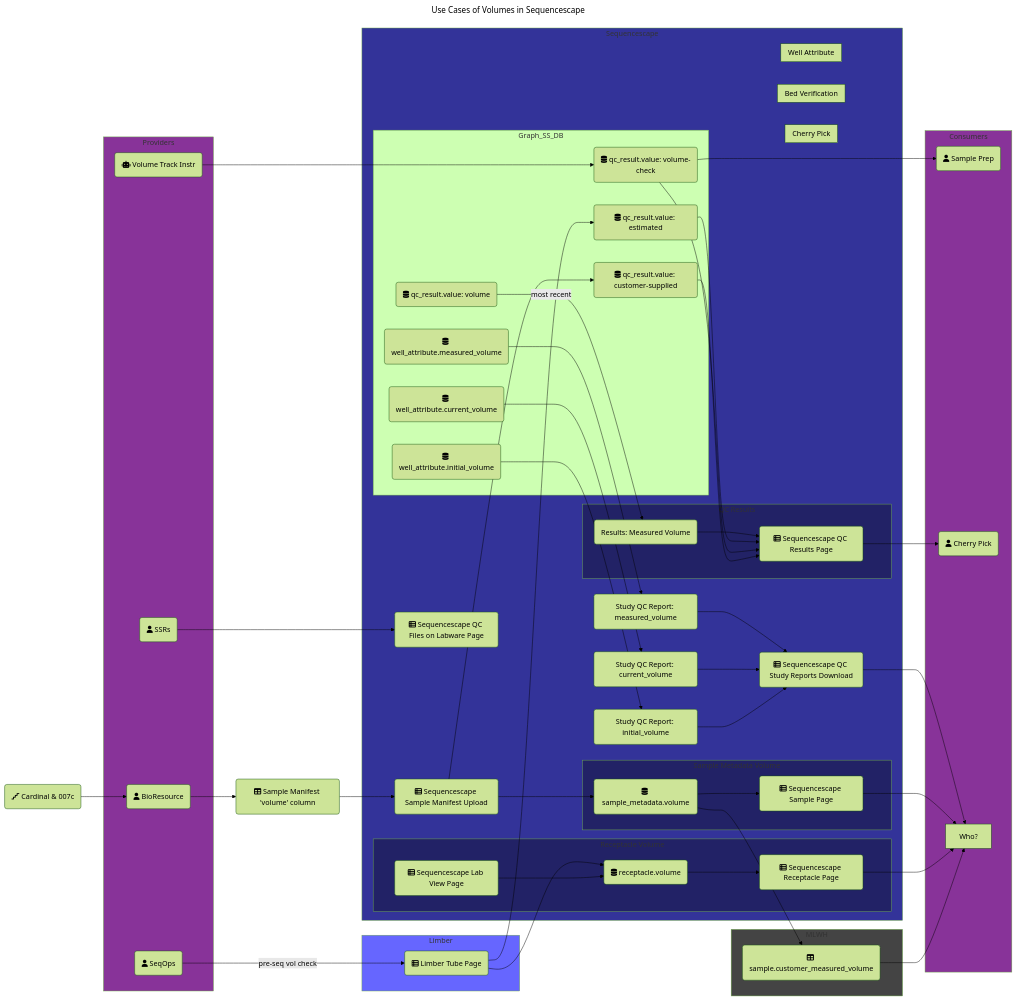
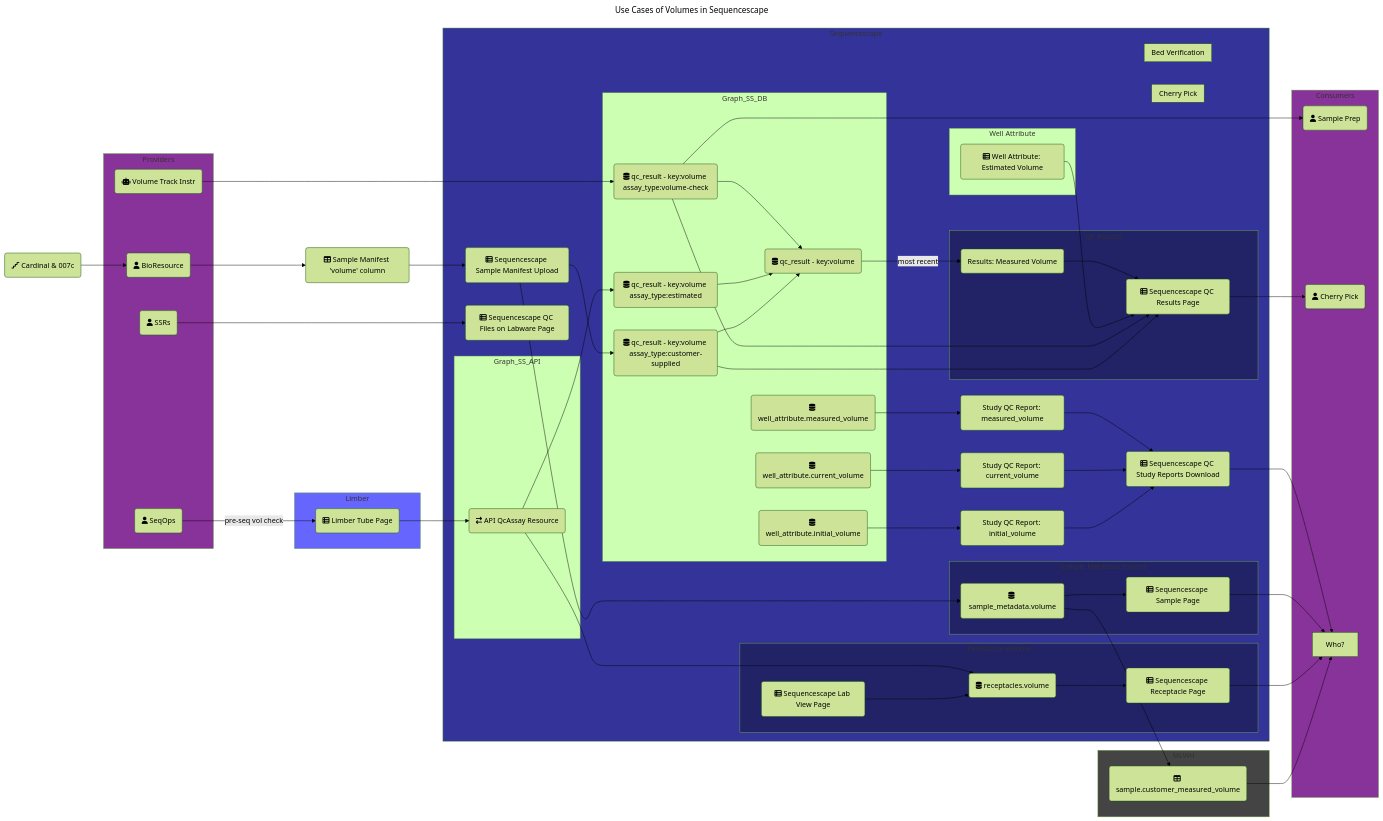
Before and after one commit to sanger/sequencescape: the diagram in volume-uses.mermaid, drawn with Mermaid (forest theme).

Commit message:
Add more links

```diff
--- a/volume-uses.mermaid
+++ b/volume-uses.mermaid
@@ -1,139 +1,144 @@
 ---
 title: Use Cases of Volumes in Sequencescape
 ---
 flowchart LR
     %% Nodes
         PL_Car07c(fa:fa-stairs Cardinal & 007c)
         %% Users
         User_BioRes(fa:fa-user BioResource)
         User_SeqOps(fa:fa-user SeqOps)
         User_SamplePrep(fa:fa-user Sample Prep)
         User_VolTrackInstr(fa:fa-robot Volume Track Instr)
         User_CherryPick(fa:fa-user Cherry Pick)
         User_SSR(fa:fa-user SSRs)
         %% Interface
         Pg_LB_Tube(fa:fa-table-list Limber Tube Page)
         PG_SS_SampleManifestUpload(fa:fa-table-list Sequencescape Sample Manifest Upload)
         Pg_SS_Sample(fa:fa-table-list Sequencescape Sample Page)
         Pg_SS_LabView(fa:fa-table-list Sequencescape Lab View Page)
         Pg_SS_Receptacle(fa:fa-table-list Sequencescape Receptacle Page)
         Pg_SS_QcResults(fa:fa-table-list Sequencescape QC Results Page)
         Pg_SS_QcFileLabware(fa:fa-table-list Sequencescape QC Files on Labware Page)
         Pg_SS_QcStudyReports(fa:fa-table-list Sequencescape QC Study Reports Download)
         %% Components
+        CP_SS_WellAttrEstVol(fa:fa-table-list Well Attribute: Estimated Volume)
         CP_SS_QcResults_MeasVol(Results: Measured Volume)
         CP_SS_StudyReports_MeasVol(Study QC Report: measured_volume)
         CP_SS_StudyReports_CurrentVol(Study QC Report: current_volume)
         CP_SS_StudyReports_InitialVol(Study QC Report: initial_volume)
+        %% API
+        API_SS_QcAssayResource(fa:fa-arrow-right-arrow-left API QcAssay Resource)
         %% Data
         Mn_SampleVolCol(fa:fa-table Sample Manifest 'volume' column)
-        DB_SS_ReceptacleVol(fa:fa-database receptacle.volume)
+        DB_SS_ReceptaclesVol(fa:fa-database receptacles.volume)
         DB_SS_SampleMetDatVol(fa:fa-database sample_metadata.volume)
-        DB_SS_QcResultVol(fa:fa-database qc_result.value: volume)
-        DB_SS_QcResultVolChk(fa:fa-database qc_result.value: volume-check)
-        DB_SS_QcResultCusSup(fa:fa-database qc_result.value: customer-supplied)
-        DB_SS_QcResultEstVol(fa:fa-database qc_result.value: estimated)
+        DB_SS_QcResultVol(fa:fa-database qc_result - key:volume)
+        DB_SS_QcResultVolEst(fa:fa-database qc_result - key:volume assay_type:estimated)
+        DB_SS_QcResultVolChk(fa:fa-database qc_result - key:volume assay_type:volume-check)
+        DB_SS_QcResultVolCusSup(fa:fa-database qc_result - key:volume assay_type:customer-supplied)
         DB_SS_WellAttrIniVol(fa:fa-database well_attribute.initial_volume)
         DB_SS_WellAttrCurrVol(fa:fa-database well_attribute.current_volume)
         DB_SS_WellAttrMeasVol(fa:fa-database well_attribute.measured_volume)
         DB_MLWH_SampleCustMeasVol(fa:fa-table sample.customer_measured_volume)
 
     %% Groupings of nodes
         subgraph Providers
             User_BioRes
             User_SeqOps
             User_SSR
             User_VolTrackInstr
         end
         subgraph Limber
             Pg_LB_Tube
         end
         subgraph Sequencescape
             CP_SS_StudyReports_CurrentVol
             CP_SS_StudyReports_InitialVol
             CP_SS_StudyReports_MeasVol
             Pg_SS_QcFileLabware
             Pg_SS_QcStudyReports
             PG_SS_SampleManifestUpload
 
             subgraph Graph_SS_SMV["Sample Metadata Volume"]
                 DB_SS_SampleMetDatVol
                 Pg_SS_Sample
             end
             subgraph Graph_SS_RV["Receptacle Volume"]
                 Pg_SS_LabView
-                DB_SS_ReceptacleVol
+                DB_SS_ReceptaclesVol
                 Pg_SS_Receptacle
             end
             subgraph Graph_SS_QC["QC Results"]
                 CP_SS_QcResults_MeasVol
                 Pg_SS_QcResults
             end
             subgraph Graph_SS_CP["Cherry Pick"]
 
             end
             subgraph Graph_SS_BedVeri["Bed Verification"]
 
             end
             subgraph Graph_SS_WellAttr["Well Attribute"]
-
+                CP_SS_WellAttrEstVol
             end
             subgraph Graph_SS_DB
                 DB_SS_QcResultVol
-                DB_SS_QcResultEstVol
-                DB_SS_QcResultVolChk
-                DB_SS_QcResultCusSup
+                DB_SS_QcResultVolChk --> DB_SS_QcResultVol
+                DB_SS_QcResultVolEst --> DB_SS_QcResultVol
+                DB_SS_QcResultVolCusSup --> DB_SS_QcResultVol
                 DB_SS_WellAttrIniVol
                 DB_SS_WellAttrCurrVol
                 DB_SS_WellAttrMeasVol
+            end
+            subgraph Graph_SS_API
+                API_SS_QcAssayResource
             end
         end
         subgraph MLWH
             DB_MLWH_SampleCustMeasVol
         end
         subgraph Consumers
             User_SamplePrep
             User_CherryPick
             Who?
         end
 
 
     %% Edge connections between nodes
-        PL_Car07c --> User_BioRes --> Mn_SampleVolCol --> PG_SS_SampleManifestUpload --> DB_SS_SampleMetDatVol & DB_SS_QcResultCusSup
+        PL_Car07c --> User_BioRes --> Mn_SampleVolCol --> PG_SS_SampleManifestUpload --> DB_SS_SampleMetDatVol & DB_SS_QcResultVolCusSup
 
         User_VolTrackInstr --> DB_SS_QcResultVolChk --> User_SamplePrep
         User_SeqOps -- pre-seq vol check --> Pg_LB_Tube
 
-        Pg_LB_Tube --> DB_SS_ReceptacleVol
-        Pg_LB_Tube --> DB_SS_QcResultEstVol
+        Pg_LB_Tube --> API_SS_QcAssayResource --> DB_SS_ReceptaclesVol & DB_SS_QcResultVolEst
 
         DB_SS_QcResultVol -- most recent --> CP_SS_QcResults_MeasVol --> Pg_SS_QcResults
-        DB_SS_QcResultEstVol --> Pg_SS_QcResults
+        CP_SS_WellAttrEstVol --> Pg_SS_QcResults
         DB_SS_QcResultVolChk --> Pg_SS_QcResults
-        DB_SS_QcResultCusSup --> Pg_SS_QcResults
+        DB_SS_QcResultVolCusSup --> Pg_SS_QcResults
         Pg_SS_QcResults --> User_CherryPick
 
         DB_SS_WellAttrMeasVol --> CP_SS_StudyReports_MeasVol --> Pg_SS_QcStudyReports
         DB_SS_WellAttrCurrVol --> CP_SS_StudyReports_CurrentVol --> Pg_SS_QcStudyReports
         DB_SS_WellAttrIniVol --> CP_SS_StudyReports_InitialVol --> Pg_SS_QcStudyReports
         Pg_SS_QcStudyReports --> Who?
 
         DB_SS_SampleMetDatVol --> Pg_SS_Sample --> Who?
-        Pg_SS_LabView --> DB_SS_ReceptacleVol --> Pg_SS_Receptacle --> Who?
+        Pg_SS_LabView --> DB_SS_ReceptaclesVol --> Pg_SS_Receptacle --> Who?
 
         DB_SS_SampleMetDatVol --> DB_MLWH_SampleCustMeasVol --> Who?
 
         User_SSR --> Pg_SS_QcFileLabware
 
     %% Subgraph styling
         classDef Users fill:#839;
         classDef Limber fill:#66f;
         classDef Sequencescape fill:#339;
         classDef SequencescapeSub fill:#226;
         classDef MLWH fill:#444;
 
         class Providers,Consumers Users;
         class Limber Limber;
         class Sequencescape Sequencescape;
         class Graph_SS_SMV,Graph_SS_RV,Graph_SS_QC SequencescapeSub;
         class MLWH MLWH;
```
